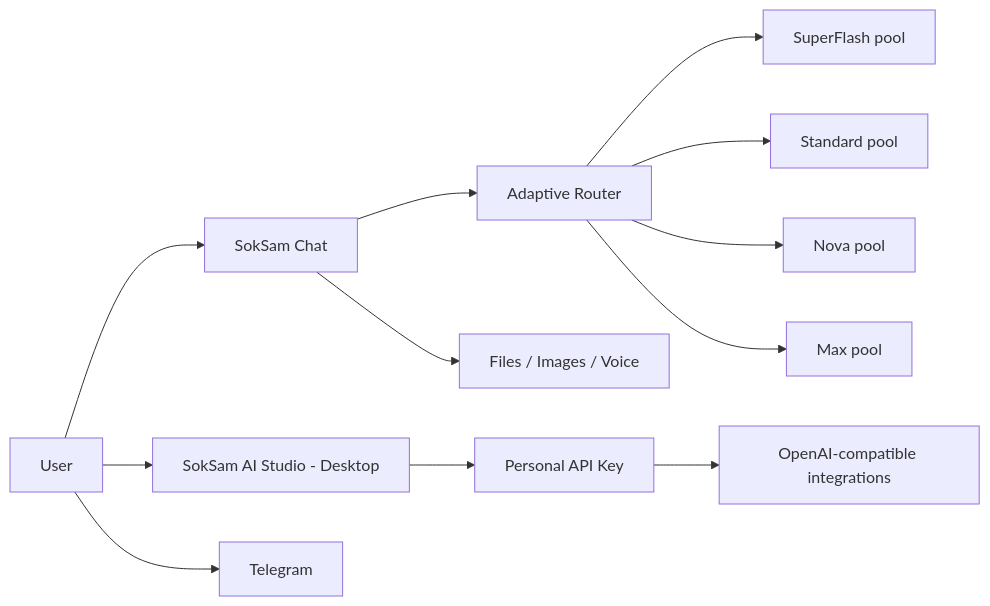
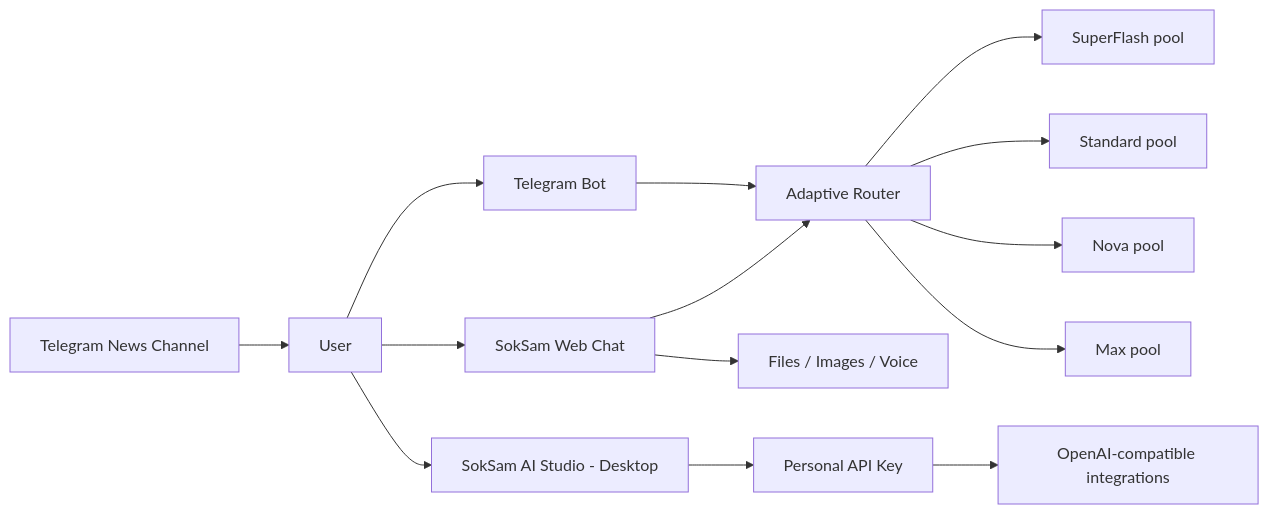
One commit to soksamai/soksam-ai changed the diagram in README.md. Above: the diagram before and after it, drawn with Mermaid. The commit also changed other lines of this file, not shown here.

Commit message:
Expand project identity, creator and Telegram presence

````diff
--- a/README.md
+++ b/README.md
@@ -121,14 +163,16 @@
 ```mermaid
 flowchart LR
-    U[User] --> C[SokSam Chat]
+    U[User] --> C[SokSam Web Chat]
+    U --> TB[Telegram Bot]
     U --> S[SokSam AI Studio - Desktop]
-    U --> T[Telegram]
-    C --> R[Adaptive Router]
+    TB --> R[Adaptive Router]
+    C --> R
     R --> SF[SuperFlash pool]
     R --> ST[Standard pool]
     R --> NV[Nova pool]
     R --> MX[Max pool]
     C --> F[Files / Images / Voice]
     S --> K[Personal API Key]
     K --> O[OpenAI-compatible integrations]
+    CH[Telegram News Channel] --> U
 ```
````
